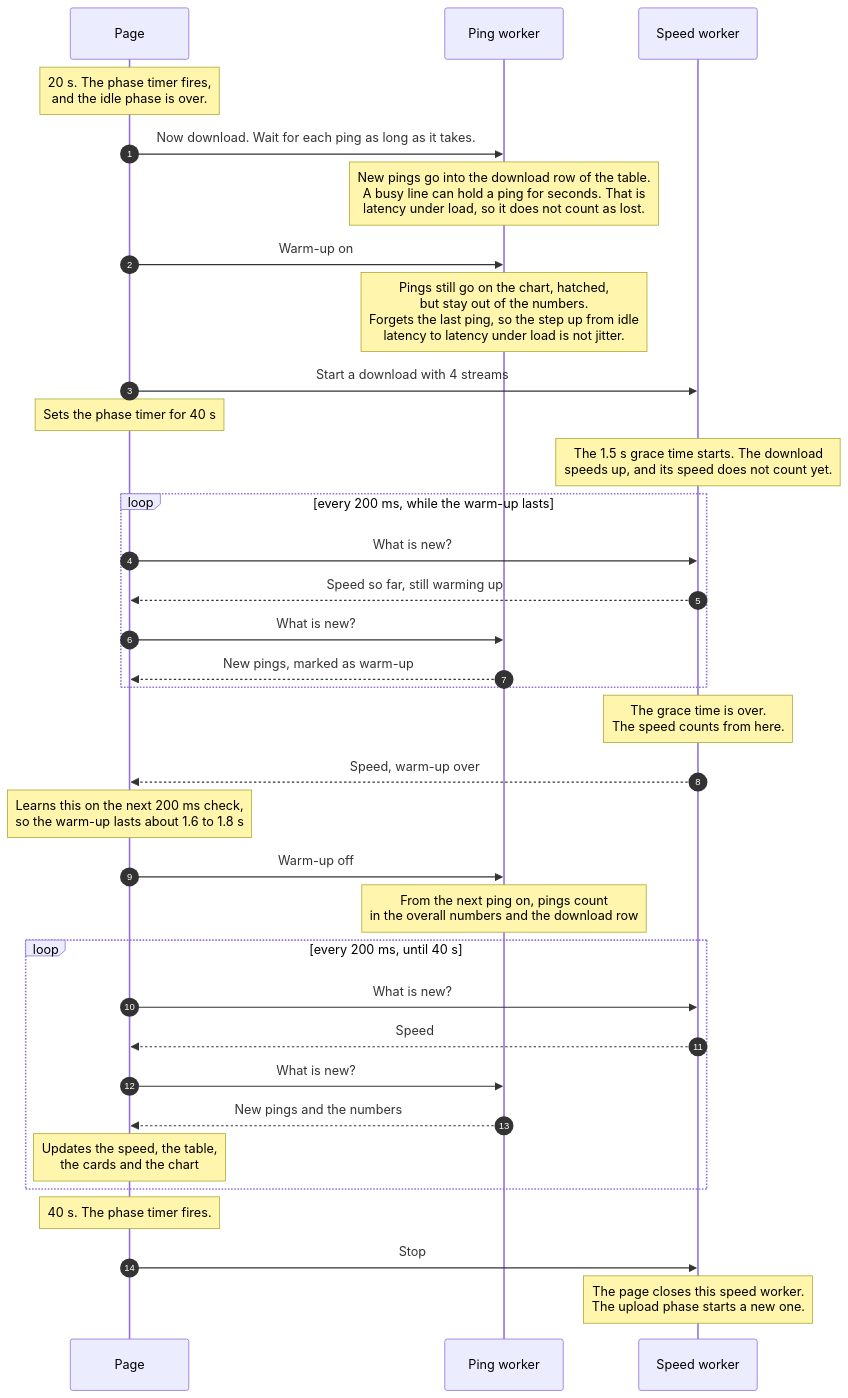
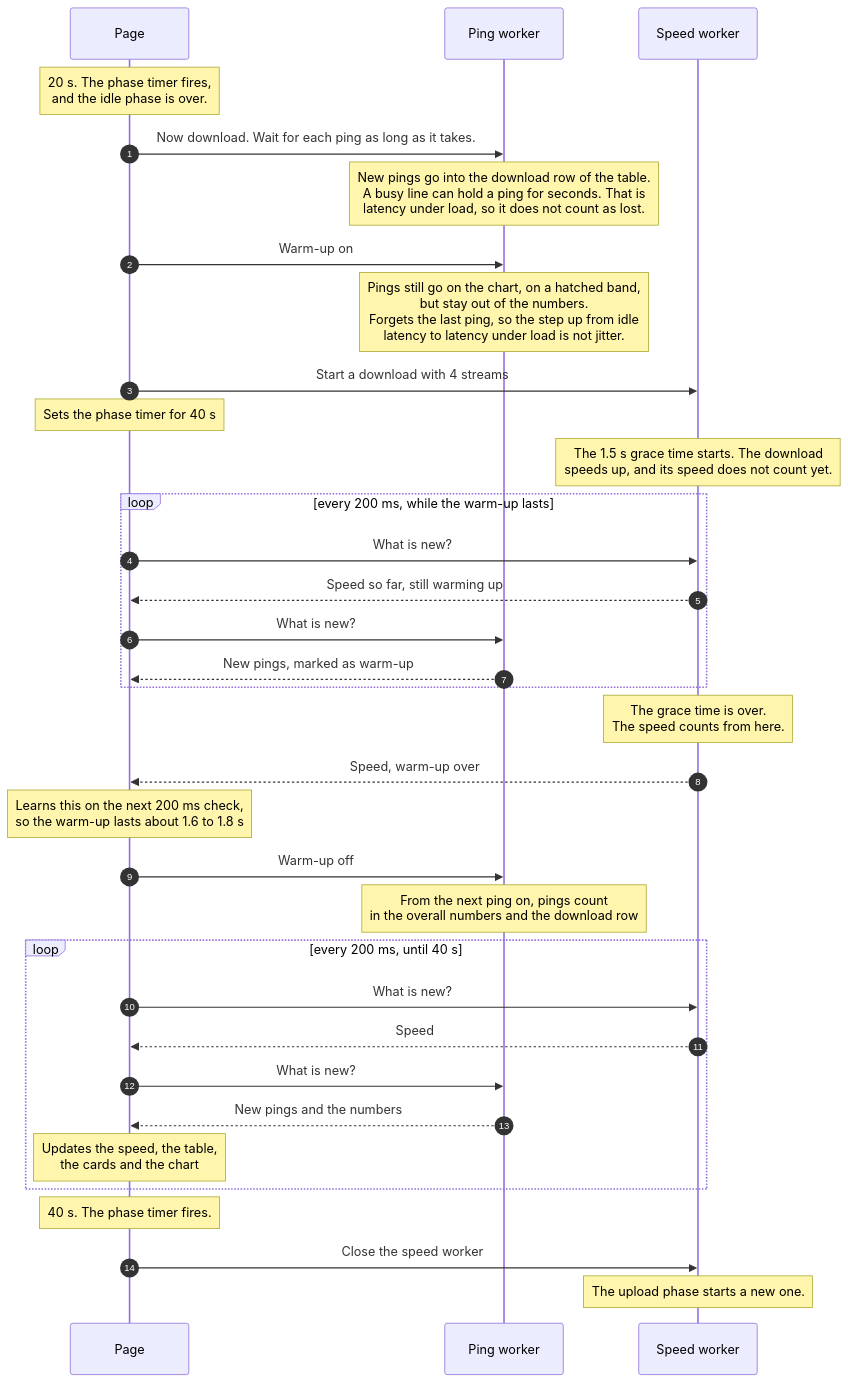
Before and after one commit to sprytnyk/speedtest-go: the third of 4 diagrams in docs/stability.md, drawn with Mermaid. The commit also changed other lines of this file, not shown here.

````diff
--- a/docs/stability.md
+++ b/docs/stability.md
@@ -72,41 +76,41 @@
 ```mermaid
 sequenceDiagram
   autonumber
   participant P as Page
   participant W as Ping worker
   participant S as Speed worker
 
   Note over P: 20 s. The phase timer fires,<br/>and the idle phase is over.
   P->>W: Now download. Wait for each ping as long as it takes.
   Note over W: New pings go into the download row of the table.<br/>A busy line can hold a ping for seconds. That is<br/>latency under load, so it does not count as lost.
   P->>W: Warm-up on
-  Note over W: Pings still go on the chart, hatched,<br/>but stay out of the numbers.<br/>Forgets the last ping, so the step up from idle<br/>latency to latency under load is not jitter.
+  Note over W: Pings still go on the chart, on a hatched band,<br/>but stay out of the numbers.<br/>Forgets the last ping, so the step up from idle<br/>latency to latency under load is not jitter.
   P->>S: Start a download with 4 streams
   Note over P: Sets the phase timer for 40 s
   Note over S: The 1.5 s grace time starts. The download<br/>speeds up, and its speed does not count yet.
 
   loop every 200 ms, while the warm-up lasts
     P->>S: What is new?
     S-->>P: Speed so far, still warming up
     P->>W: What is new?
     W-->>P: New pings, marked as warm-up
   end
 
   Note over S: The grace time is over.<br/>The speed counts from here.
   S-->>P: Speed, warm-up over
   Note over P: Learns this on the next 200 ms check,<br/>so the warm-up lasts about 1.6 to 1.8 s
   P->>W: Warm-up off
   Note over W: From the next ping on, pings count<br/>in the overall numbers and the download row
 
   loop every 200 ms, until 40 s
     P->>S: What is new?
     S-->>P: Speed
     P->>W: What is new?
     W-->>P: New pings and the numbers
     Note over P: Updates the speed, the table,<br/>the cards and the chart
   end
 
   Note over P: 40 s. The phase timer fires.
-  P->>S: Stop
-  Note over S: The page closes this speed worker.<br/>The upload phase starts a new one.
+  P->>S: Close the speed worker
+  Note over S: The upload phase starts a new one.
 ```
````
